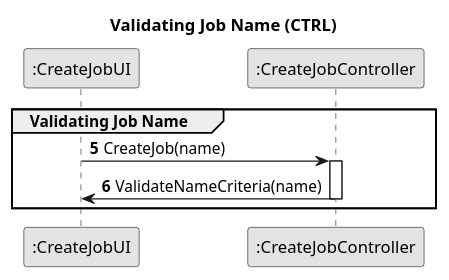
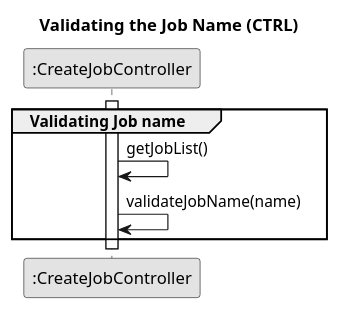
One commit to SAEmanuel/Green_Spaces_Management_ISEP changed the diagram in docs/sprintB/us002/03.design/puml/us002-sequence-diagram-partial-validating-job-name.puml. Above: the diagram before and after it, drawn with PlantUML. The commit also changed 4 other files, not shown here.

```diff
--- a/docs/sprintB/us002/03.design/puml/us002-sequence-diagram-partial-validating-job-name.puml
+++ b/docs/sprintB/us002/03.design/puml/us002-sequence-diagram-partial-validating-job-name.puml
@@ -1,22 +1,15 @@
 @startuml
-title Validating Job Name (CTRL)
+title Validating the Job Name (CTRL)
 
 skinparam monochrome true
 skinparam packageStyle rectangle
 skinparam shadowing false
 
-
-
-participant ":CreateJobUI" as UI
 participant ":CreateJobController" as CTRL
 
-group Validating Job Name
-autonumber 5
-"UI" -> CTRL : CreateJob(name)
+group Validating Job name
 activate CTRL
-
-CTRL -> UI : ValidateNameCriteria(name)
-deactivate CTRL
+CTRL -> CTRL : getJobList()
+CTRL -> CTRL : validateJobName(name)
 end
-
 @enduml
```
